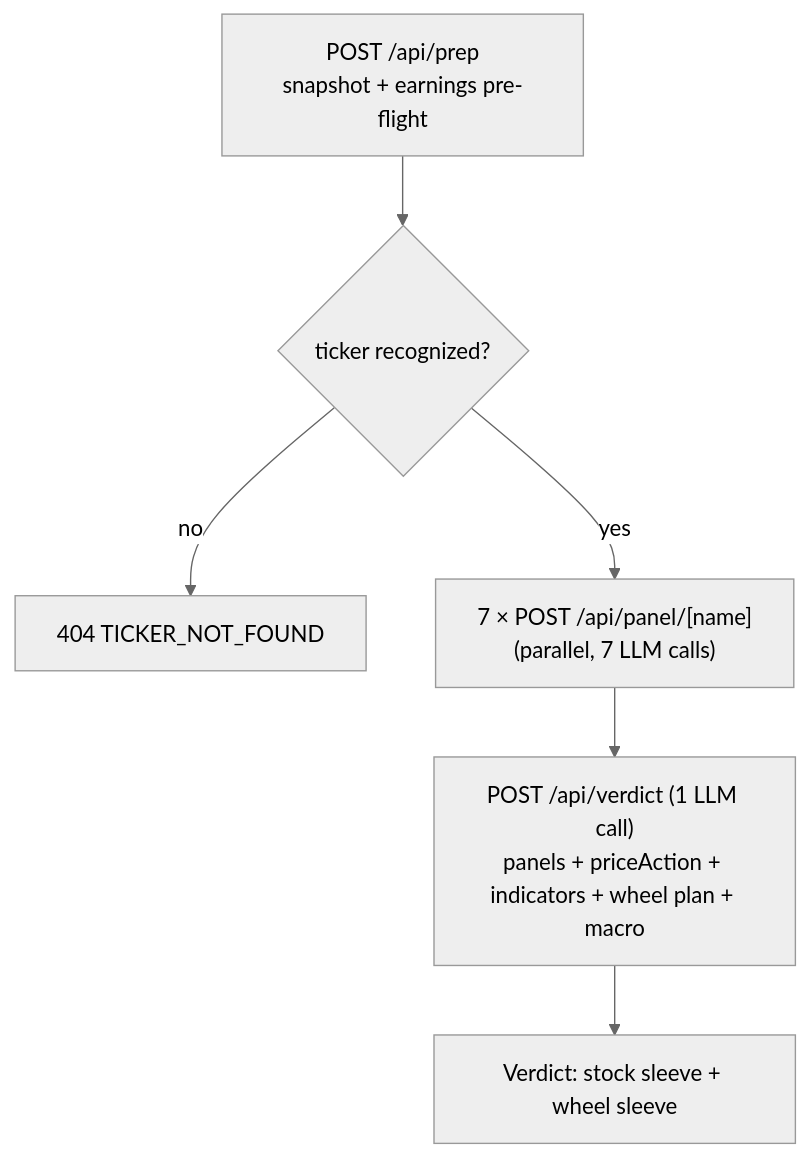
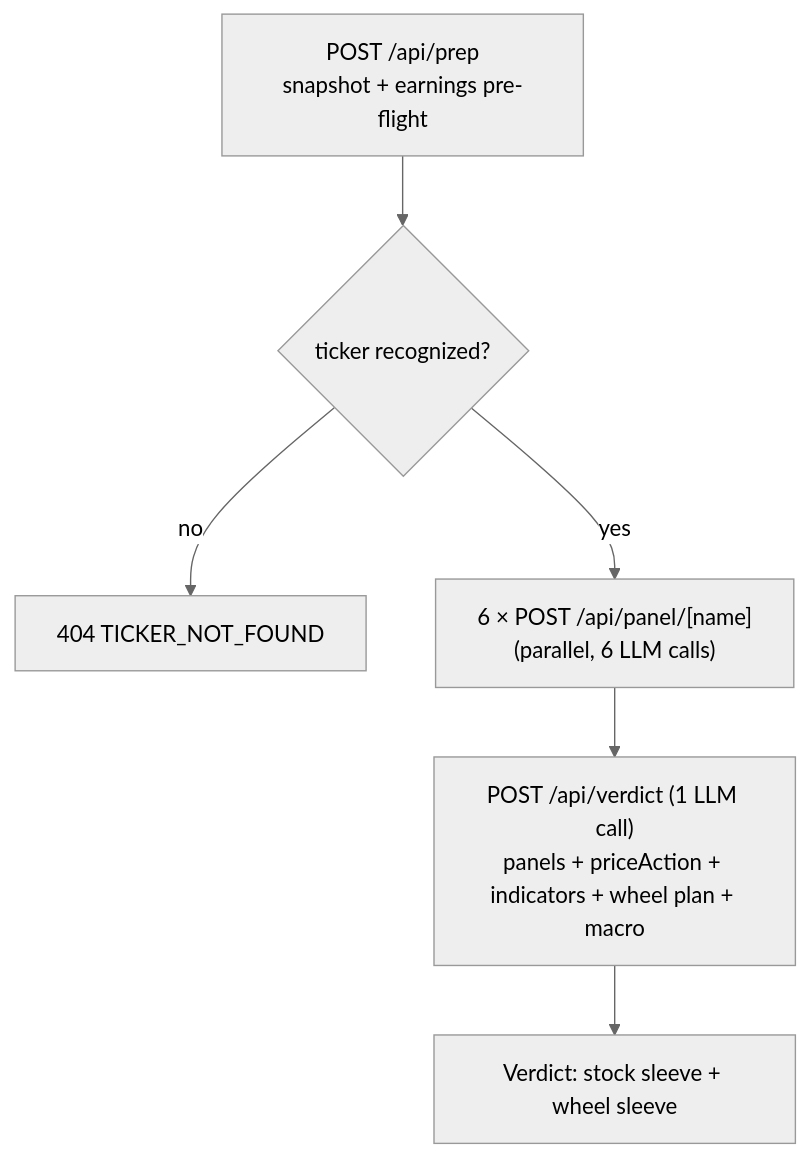
The diagram in README.md (kaicong12/stock-analysis), drawn with Mermaid (neutral theme) before and after one commit. The commit also changed other lines of this file and 13 other files, not shown here.

````diff
--- a/README.md
+++ b/README.md
@@ -36,8 +35,8 @@
 ```mermaid
 flowchart TD
     A["POST /api/prep<br/>snapshot + earnings pre-flight"] --> S0{"ticker recognized?"}
     S0 -- no --> R["404 TICKER_NOT_FOUND"]
-    S0 -- yes --> S2["7 × POST /api/panel/[name]<br/>(parallel, 7 LLM calls)"]
+    S0 -- yes --> S2["6 × POST /api/panel/[name]<br/>(parallel, 6 LLM calls)"]
     S2 --> S3["POST /api/verdict (1 LLM call)<br/>panels + priceAction + indicators + wheel plan + macro"]
     S3 --> OUT["Verdict: stock sleeve + wheel sleeve"]
 ```
````
